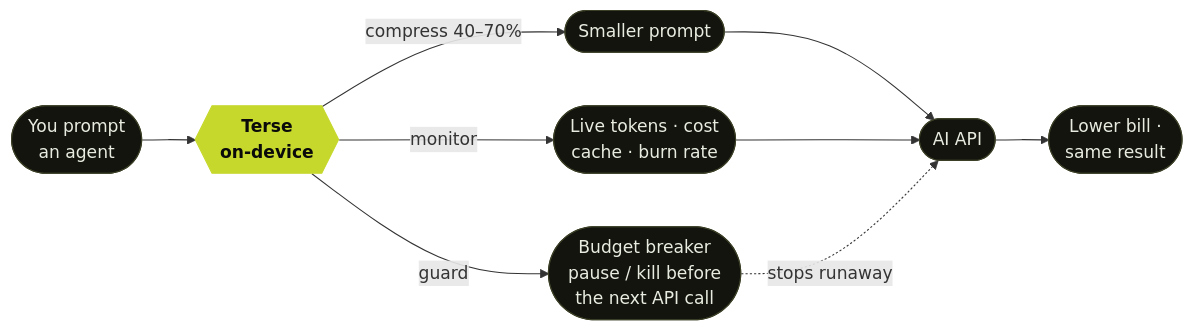
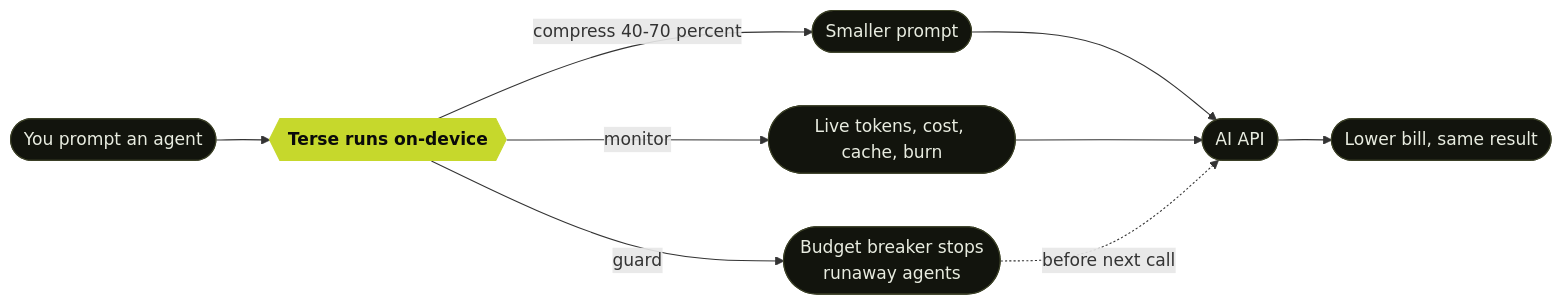
One commit to Terse-AI/terseai changed the diagram in README.md. Above: the diagram before and after it, drawn with Mermaid.

Commit message:
docs: harden Mermaid diagram (avoid special chars that can break GitHub render)

````diff
--- a/README.md
+++ b/README.md
@@ -58,16 +58,16 @@
 ```mermaid
 flowchart LR
-    U([You prompt<br/>an agent]) --> T{{Terse<br/>on-device}}
-    T -->|compress 40–70%| S([Smaller prompt])
-    T -->|monitor| M([Live tokens · cost<br/>cache · burn rate])
-    T -->|guard| B([Budget breaker<br/>pause / kill before<br/>the next API call])
+    U([You prompt an agent]) --> T{{Terse runs on-device}}
+    T -->|compress 40-70 percent| S([Smaller prompt])
+    T -->|monitor| M([Live tokens, cost, cache, burn])
+    T -->|guard| B([Budget breaker stops<br/>runaway agents])
     S --> API([AI API])
     M --> API
-    B -. stops runaway .-> API
-    API --> W([Lower bill ·<br/>same result])
+    B -.->|before next call| API
+    API --> W([Lower bill, same result])
 
     classDef terse fill:#c6d82c,stroke:#c6d82c,color:#0a0a0a,font-weight:bold;
     classDef node fill:#12140d,stroke:#3a3f26,color:#e8ece0;
     class T terse;
     class U,S,M,B,API,W node;
 ```
````
